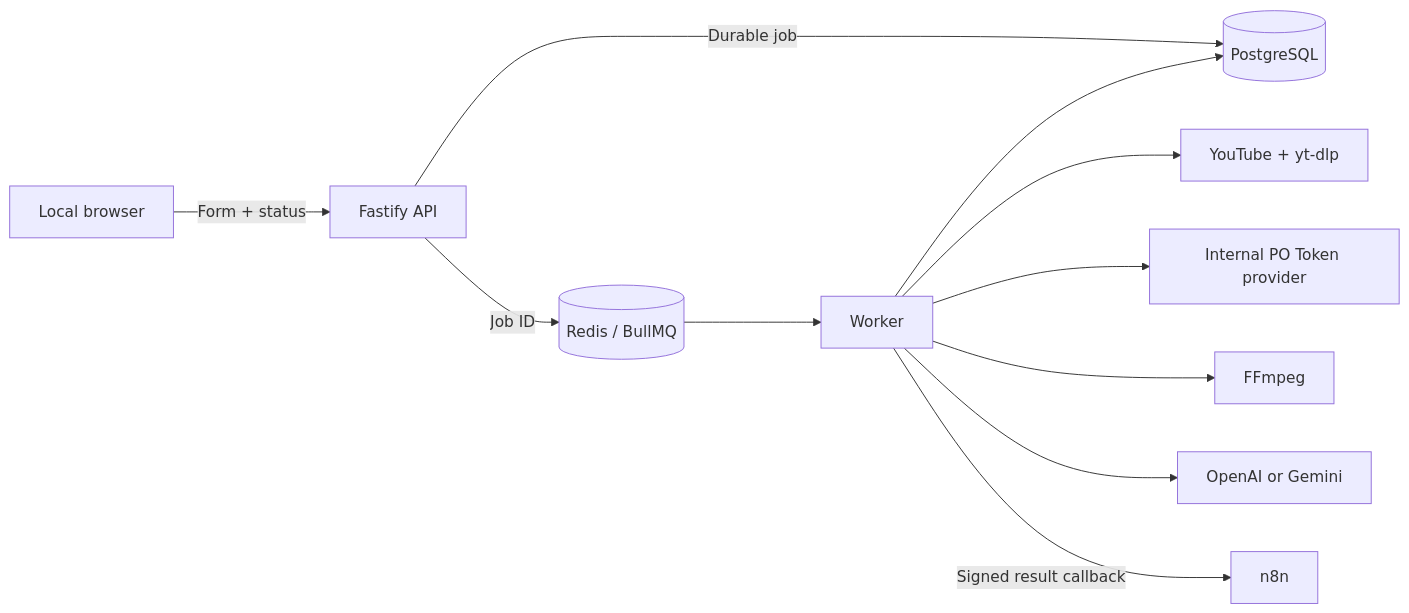
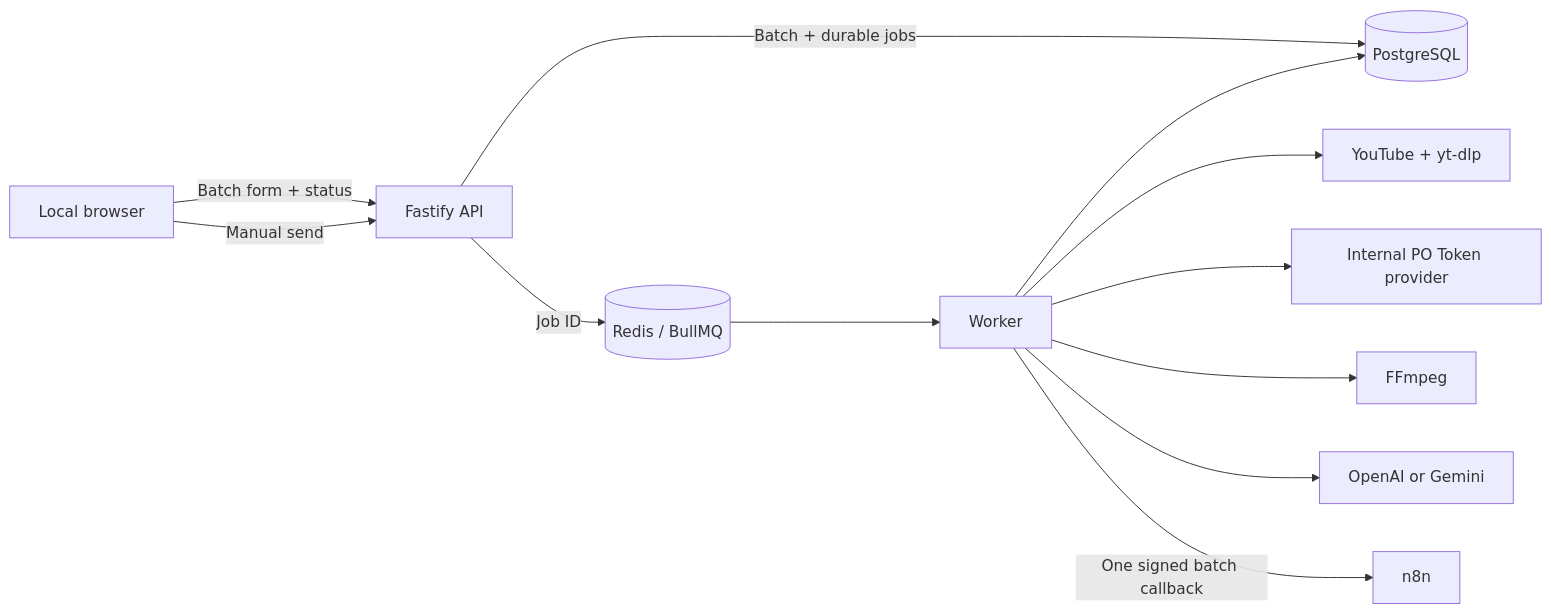
One commit to rierale0/etm-class-engine changed the diagram in README.md. Above: the diagram before and after it, drawn with Mermaid. The commit also changed other lines of this file and 21 other files, not shown here.

````diff
--- a/README.md
+++ b/README.md
@@ -27,13 +27,14 @@
 ```mermaid
 flowchart LR
-    B["Local browser"] -->|"Form + status"| A["Fastify API"]
-    A -->|"Durable job"| P[("PostgreSQL")]
+    B["Local browser"] -->|"Batch form + status"| A["Fastify API"]
+    A -->|"Batch + durable jobs"| P[("PostgreSQL")]
     A -->|"Job ID"| Q[("Redis / BullMQ")]
     Q --> W["Worker"]
     W --> Y["YouTube + yt-dlp"]
     W --> T["Internal PO Token provider"]
     W --> F["FFmpeg"]
     W --> O["OpenAI or Gemini"]
     W --> P
-    W -->|"Signed result callback"| N["n8n"]
+    B -->|"Manual send"| A
+    W -->|"One signed batch callback"| N["n8n"]
 ```
````
